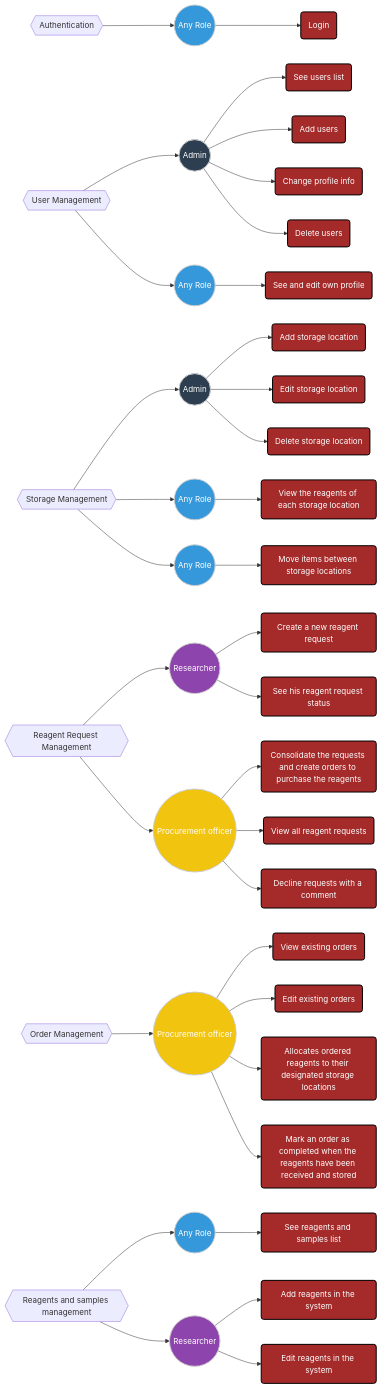
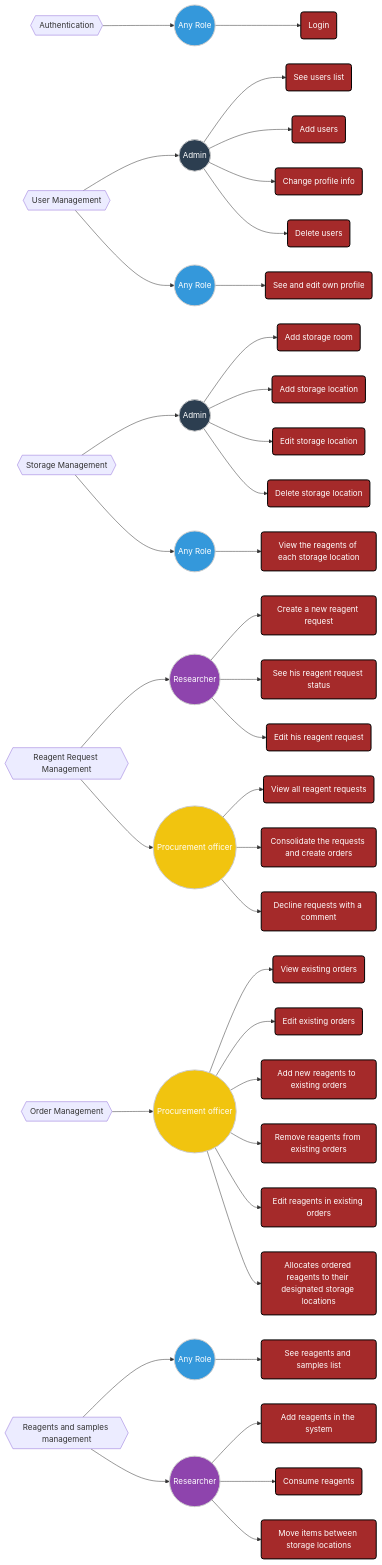
Before and after one commit to Quantori-Academy/apt-frontend: the first of 3 diagrams in README.md, drawn with Mermaid. The commit also changed other lines of this file and 204 other files, not shown here.

```diff
--- a/README.md
+++ b/README.md
@@ -80,28 +81,30 @@
     %% Storage Management
     SM{{Storage Management}} --> AdminSM((Admin))
     SM-->UserSM
-    AdminSM --> AddSM(Add storage location)
+    AdminSM --> AddRSM(Add storage room)
+    AdminSM --> AddSSM(Add storage location)
     AdminSM --> EditSM(Edit storage location)
     AdminSM -->DeleteSM(Delete storage location)
     UserSM((Any Role)) --> ViewSMContent(View the reagents of each storage location)
-    SM -->UserSMResOfficer
-    UserSMResOfficer((Any Role)) --> MoveSMItems(Move items between storage locations)
 
     %% Reagent Request Management
     RRM{{Reagent Request Management}} --> ResearcherRRM((Researcher))
     ResearcherRRM --> CreateRequestRRM(Create a new reagent request)
     ResearcherRRM --> StatusRequestRRM(See his reagent request status)
+    ResearcherRRM --> EditRequestRRM(Edit his reagent request)
     RRM --> OfficerRRM((Procurement officer))
-    OfficerRRM --> ConsolidateRRM(Consolidate the requests and create orders to purchase the reagents)
     OfficerRRM --> ViewRRM(View all reagent requests)
+    OfficerRRM --> ConsolidateRRM(Consolidate the requests and create orders)
     OfficerRRM --> ManageRRM(Decline requests with a comment)
 
     %% Order Management
     OM{{Order Management}} --> OfficerOM((Procurement officer))
     OfficerOM-->ViewOrdersRRM(View existing orders)
     OfficerOM-->EditOrderRRM(Edit existing orders)
+    OfficerOM-->AddReagentRRM(Add new reagents to  existing orders)
+    OfficerOM-->RemoveReagentRRM(Remove reagents from existing orders)
+    OfficerOM-->EditReagentRRM(Edit reagents in existing orders)
     OfficerOM-->AllocateRRM(Allocates ordered reagents to their designated storage locations)
-    OfficerOM-->MarkRRM(Mark an order as completed when the reagents have been received and stored)
 
     %% Reagents and samples management
     RSM{{Reagents and samples management}} --> UserRSMQ((Any Role))
@@ -109,8 +112,8 @@
 
     UserRSMQ --> SeeReagentsSamples(See reagents and samples list)
     UserRSMR --> AddReagentsSamples(Add reagents in the system)
-    UserRSMR --> EditReagentsSamples(Edit reagents in the system)
-
+    UserRSMR --> EditReagentsSamples(Consume reagents)
+    UserRSMR --> MoveSamples(Move items between storage locations)
 
 
 
@@ -134,7 +137,7 @@
     class User,UserUM,UserSM,UserRSM,UserSMResOfficer,UserRSMQ user;
 
     %% Applying priority class
-    class Login,CreateUsers,UsersList,SeeAndEditUM,ChangeUserInfo,MH,DeleteUsers,AddSM,EditSM,DeleteSM,ViewSMContent,MoveSMItems,CreateRequestRRM,StatusRequestRRM,ConsolidateRRM,AllocateRRM,ManageRRM,ViewRRM,ViewOrdersRRM,EditOrderRRM,MarkRRM,SeeReagentsSamples,AddReagentsSamples,EditReagentsSamples must;
+    class RemoveReagentRRM,EditReagentRRM,MoveSamples,AddReagentRRM,EditRequestRRM,Login,CreateUsers,UsersList,SeeAndEditUM,ChangeUserInfo,MH,DeleteUsers,AddRSM,AddSSM,EditSM,DeleteSM,ViewSMContent,MoveSMItems,CreateRequestRRM,StatusRequestRRM,ConsolidateRRM,AllocateRRM,ManageRRM,ViewRRM,ViewOrdersRRM,EditOrderRRM,MarkRRM,SeeReagentsSamples,AddReagentsSamples,EditReagentsSamples must;
     class ResetPassUM,SH should;
     class ResetPass,CH could;
 
```
